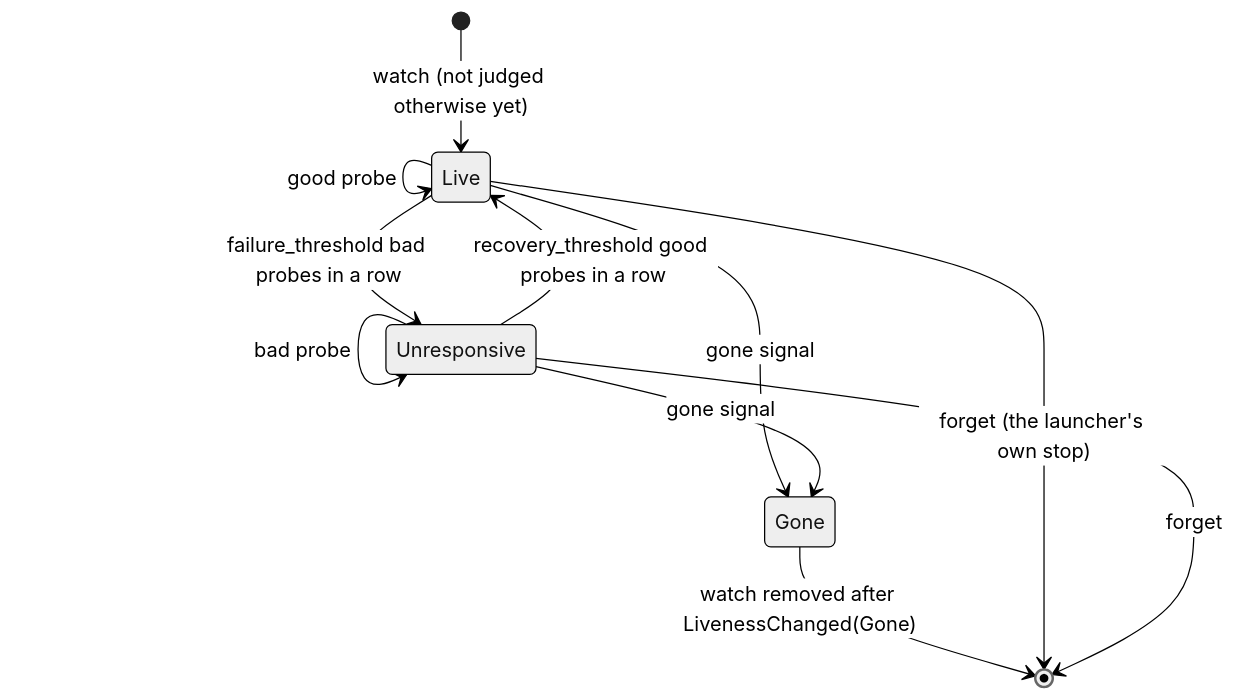
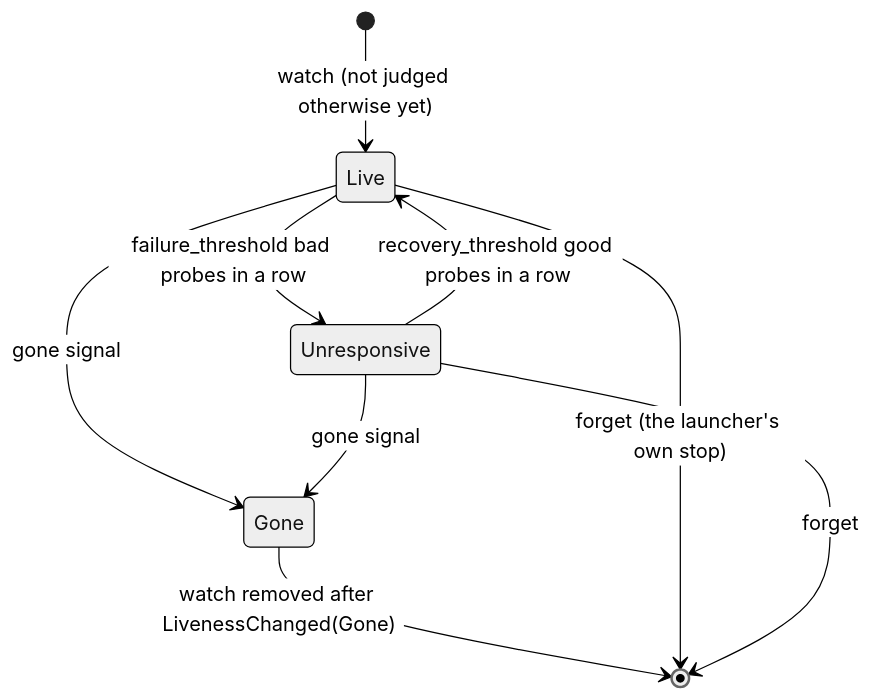
Before and after one commit to mcurcio/agentfs: the diagram in docs/target-architecture/domains/health.md, drawn with Mermaid (neutral theme). The commit also changed other lines of this file and 14 other files, not shown here.

First line of the commit message:
docs(target-architecture): cut the system and domain pages to the git model

````diff
--- a/docs/target-architecture/domains/health.md
+++ b/docs/target-architecture/domains/health.md
@@ -59,13 +33,11 @@
 ```mermaid
 stateDiagram-v2
   [*] --> Live: watch (not judged otherwise yet)
-  Live --> Live: good probe
   Live --> Unresponsive: failure_threshold bad probes in a row
-  Unresponsive --> Unresponsive: bad probe
   Unresponsive --> Live: recovery_threshold good probes in a row
   Live --> Gone: gone signal
   Unresponsive --> Gone: gone signal
   Gone --> [*]: watch removed after LivenessChanged(Gone)
   Live --> [*]: forget (the launcher's own stop)
   Unresponsive --> [*]: forget
 ```
````
